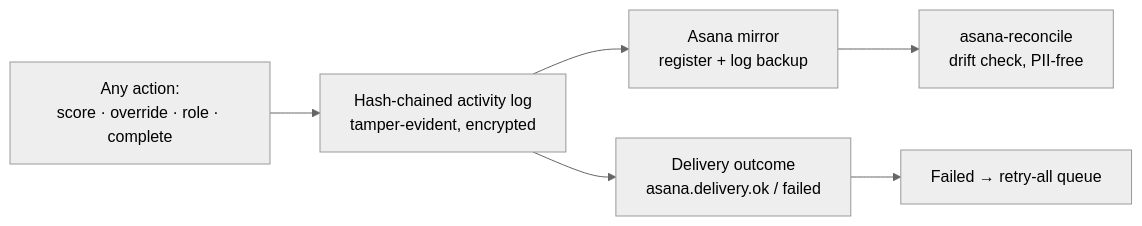
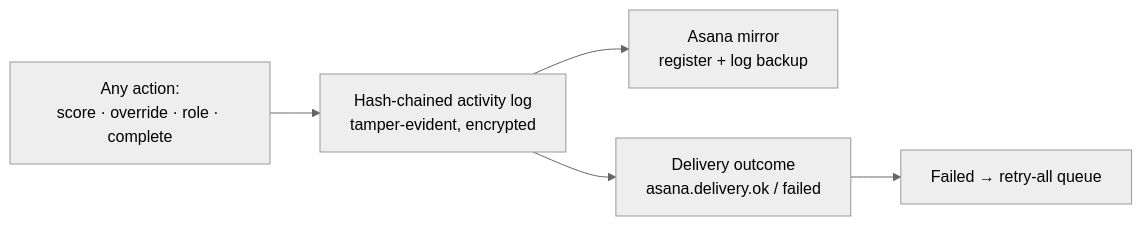
The sixth of 7 diagrams in docs/architecture/diagrams.md (trex0092/HAWKEYE-STERLING-RA), drawn with Mermaid (neutral theme) before and after one commit. The commit also changed 12 other files, not shown here.

````diff
--- a/docs/architecture/diagrams.md
+++ b/docs/architecture/diagrams.md
@@ -116,8 +116,7 @@
 ```mermaid
 flowchart LR
     ACT[Any action:<br/>score · override · role · complete] --> LOG[Hash-chained activity log<br/>tamper-evident, encrypted]
     LOG --> MIR[Asana mirror<br/>register + log backup]
-    MIR --> REC[asana-reconcile<br/>drift check, PII-free]
     LOG --> DEL[Delivery outcome<br/>asana.delivery.ok / failed]
     DEL --> RETRY[Failed → retry-all queue]
 ```
````
